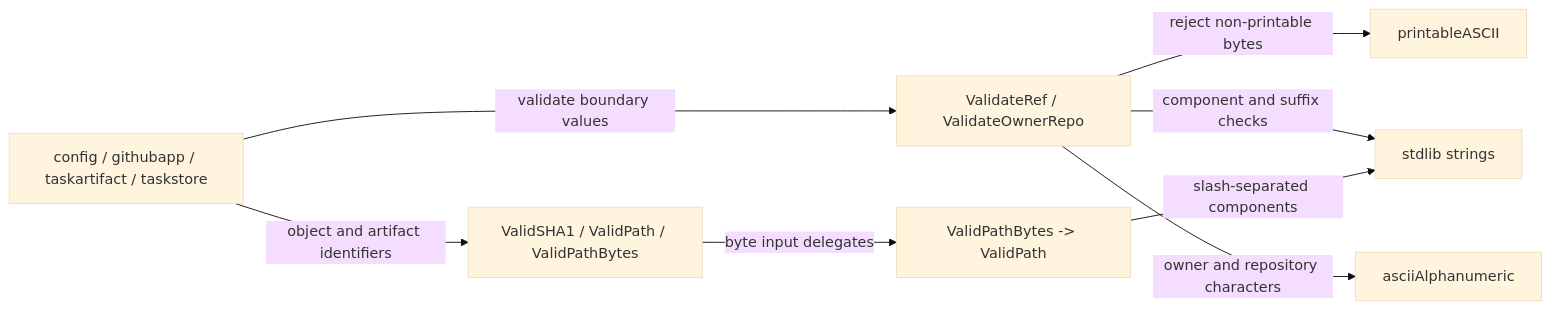
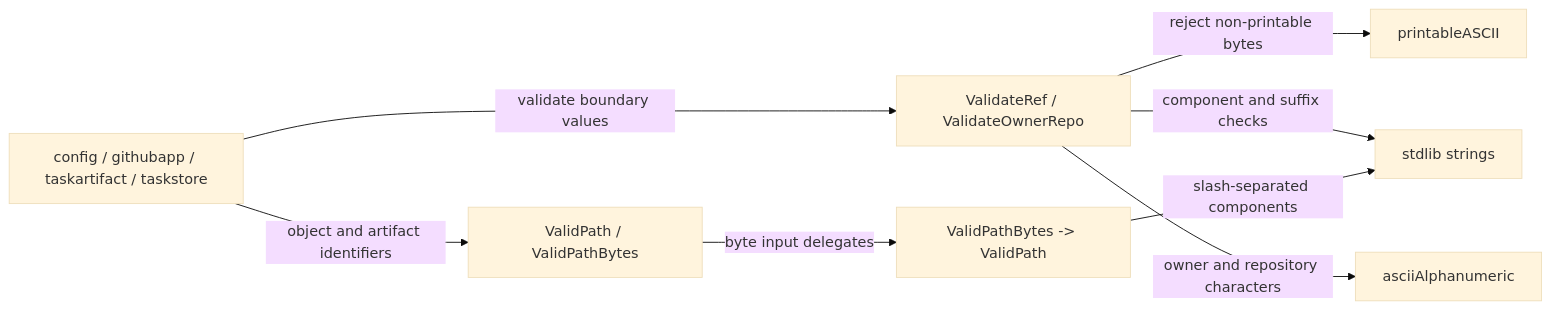
The diagram in internal/gitref/README.md (nebler/fern), drawn with Mermaid (base theme) before and after one commit. The commit also changed other lines of this file and 15 other files, not shown here.

````diff
--- a/internal/gitref/README.md
+++ b/internal/gitref/README.md
@@ -15,10 +15,10 @@
 ```mermaid
 flowchart LR
   callers["config / githubapp / taskartifact / taskstore"] -->|"validate boundary values"| refs["ValidateRef / ValidateOwnerRepo"]
-  callers -->|"object and artifact identifiers"| values["ValidSHA1 / ValidPath / ValidPathBytes"]
+  callers -->|"object and artifact identifiers"| values["ValidPath / ValidPathBytes"]
   refs -->|"reject non-printable bytes"| ascii["printableASCII"]
   refs -->|"component and suffix checks"| str["stdlib strings"]
   refs -->|"owner and repository characters"| alpha["asciiAlphanumeric"]
   values -->|"byte input delegates"| path["ValidPathBytes -> ValidPath"]
   path -->|"slash-separated components"| str
 ```
````
